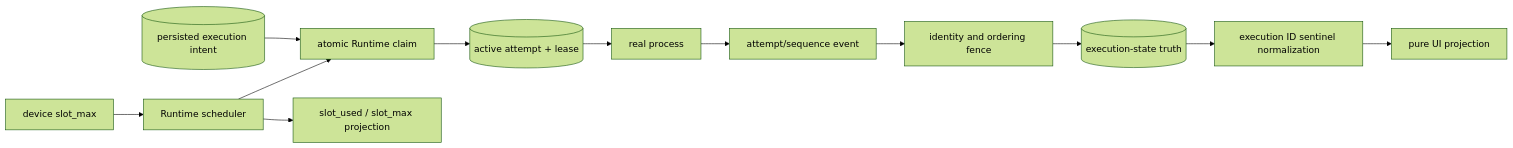
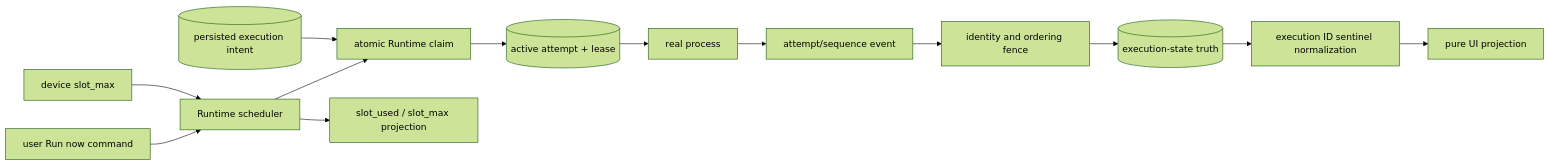
The first of 2 diagrams in docs/en/architecture/project-execution-state.md (wecode-ai/Wegent), drawn with Mermaid (forest theme) before and after one commit. The commit also changed other lines of this file and 8 other files, not shown here.

````diff
--- a/docs/en/architecture/project-execution-state.md
+++ b/docs/en/architecture/project-execution-state.md
@@ -9,15 +9,16 @@
 ```mermaid
 flowchart LR
     INTENT[(persisted execution intent)] --> CLAIM[atomic Runtime claim]
     CLAIM --> ACTIVE[(active attempt + lease)]
     ACTIVE --> PROCESS[real process]
     PROCESS --> EVENT[attempt/sequence event]
     EVENT --> FENCE[identity and ordering fence]
     FENCE --> TRUTH[(execution-state truth)]
     TRUTH --> NORMALIZE[execution ID sentinel normalization]
     NORMALIZE --> VIEW
     VIEW[pure UI projection]
     SETTINGS[device slot_max] --> SCHEDULER[Runtime scheduler]
+    RUN_NOW[user Run now command] --> SCHEDULER
     SCHEDULER --> CLAIM
     SCHEDULER --> CAPACITY[slot_used / slot_max projection]
 ```
````
